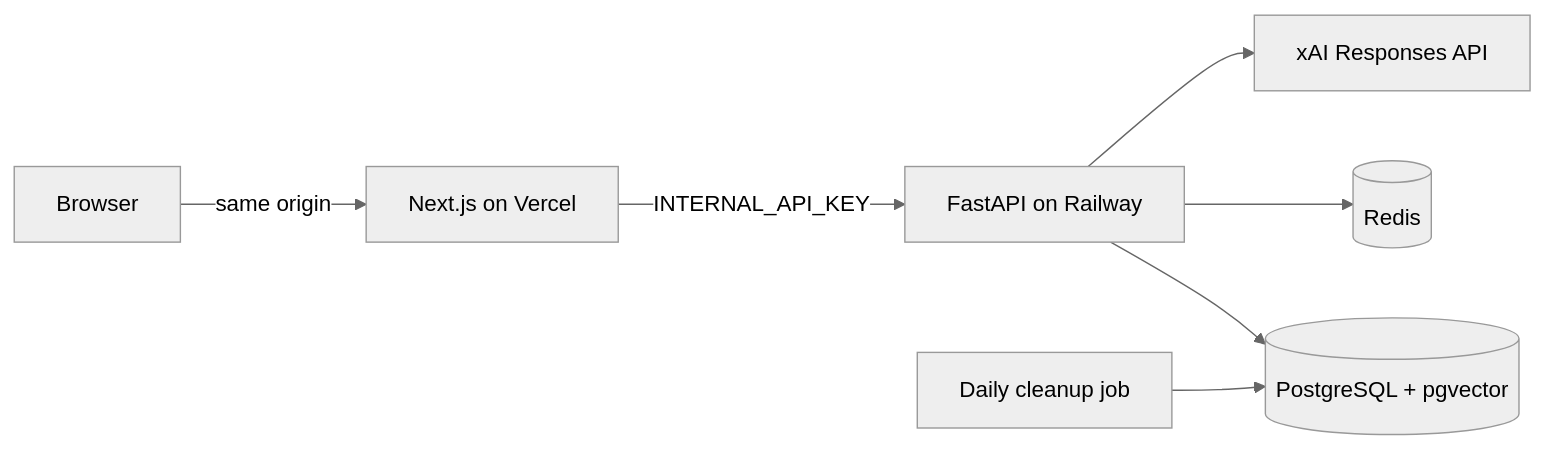
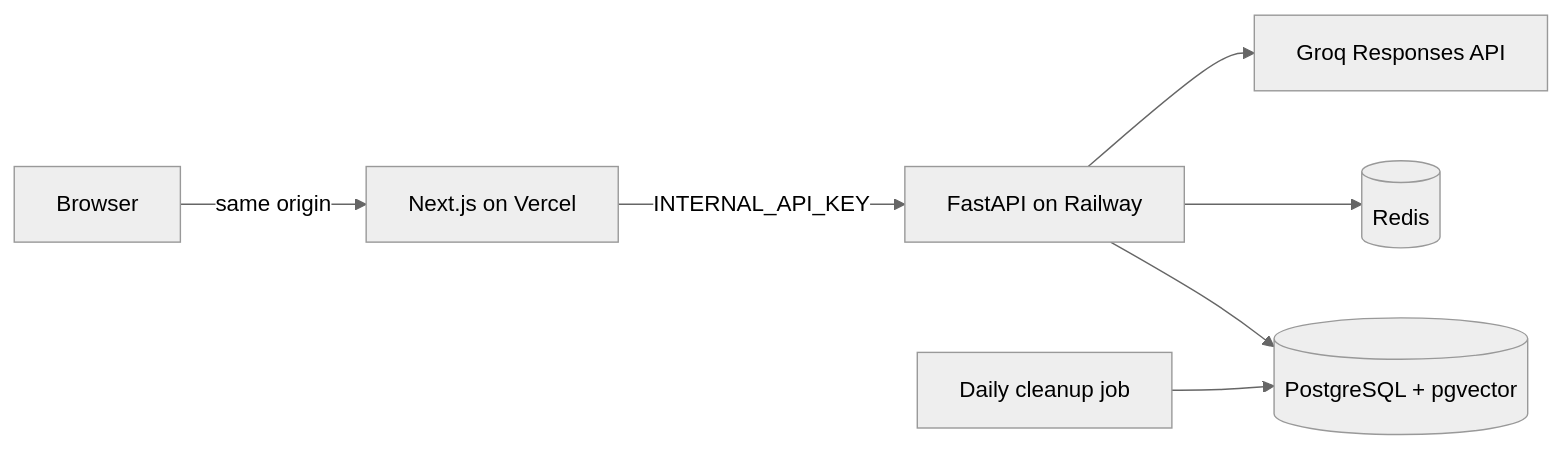
Before and after one commit to praveen202105/companion-ai-core-loop: the diagram in docs/architecture.md, drawn with Mermaid (neutral theme). The commit also changed other lines of this file and 12 other files, not shown here.

Commit message:
feat(ai): add Groq Responses provider

````diff
--- a/docs/architecture.md
+++ b/docs/architecture.md
@@ -59,9 +59,9 @@
 ```mermaid
 flowchart LR
     U[Browser] -->|same origin| W[Next.js on Vercel]
     W -->|INTERNAL_API_KEY| A[FastAPI on Railway]
     A --> P[(PostgreSQL + pgvector)]
     A --> R[(Redis)]
-    A --> X[xAI Responses API]
+    A --> X[Groq Responses API]
     C[Daily cleanup job] --> P
 ```
````
